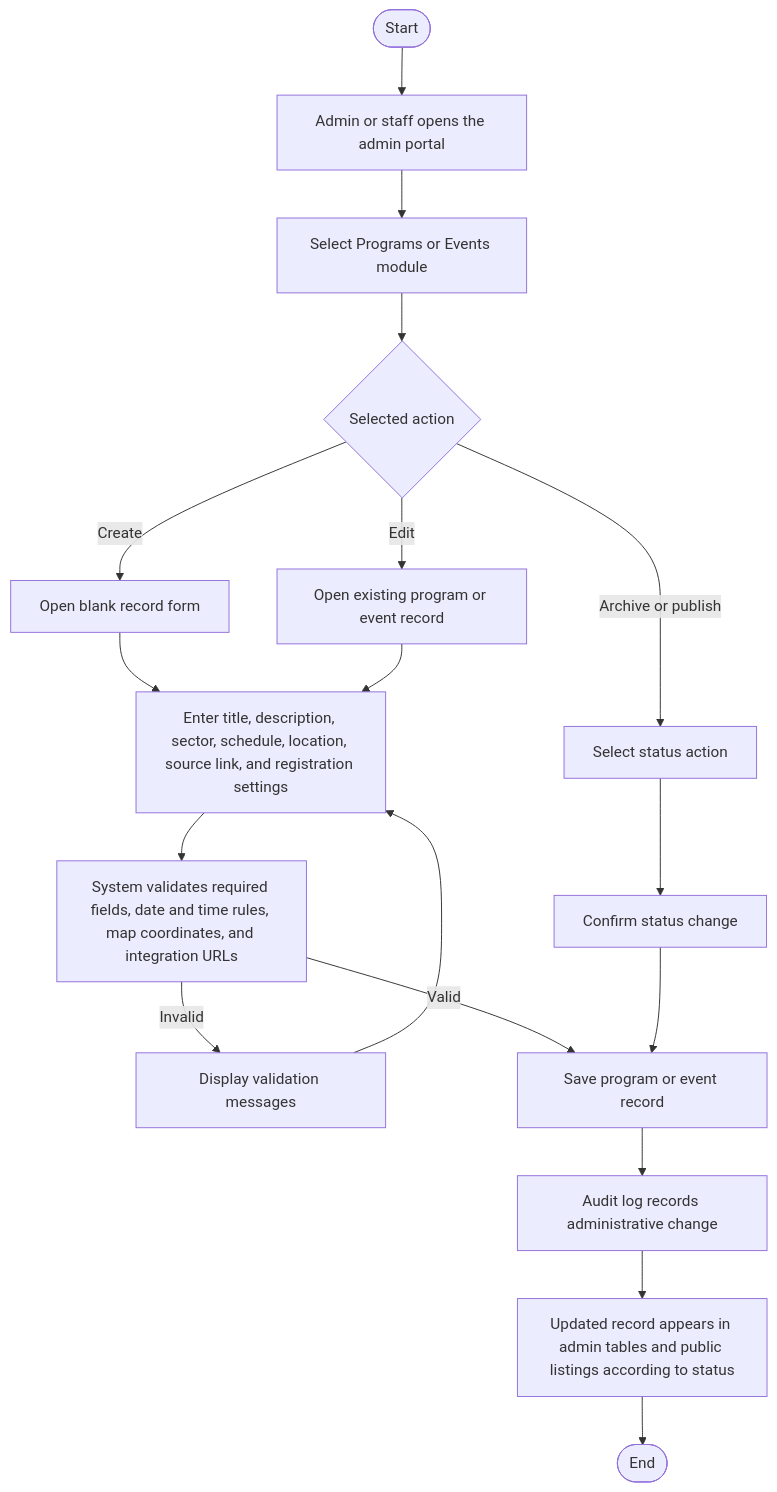
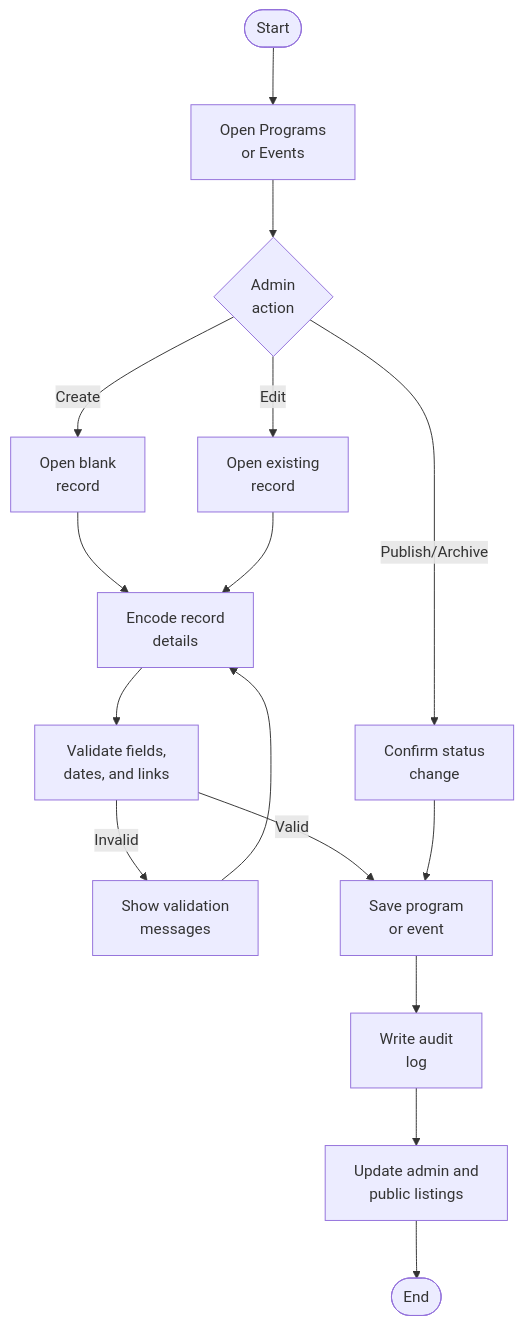
The second of 7 diagrams in 3.2.1-Activity-Diagram.md (txiaoqt/activity_diagram), drawn with Mermaid before and after one commit. The commit also changed other lines of this file, not shown here.

Commit message:
Improve activity diagram readability

````diff
--- a/3.2.1-Activity-Diagram.md
+++ b/3.2.1-Activity-Diagram.md
@@ -40,20 +41,19 @@
 ```mermaid
+%%{init: {"flowchart": {"htmlLabels": true, "nodeSpacing": 55, "rankSpacing": 60}} }%%
 flowchart TD
-    A([Start]) --> B[Admin or staff opens the admin portal]
-    B --> C[Select Programs or Events module]
-    C --> D{Selected action}
-    D -- Create --> E[Open blank record form]
-    D -- Edit --> F[Open existing program or event record]
-    D -- Archive or publish --> G[Select status action]
-    E --> H[Enter title, description, sector, schedule, location, source link, and registration settings]
-    F --> H
-    H --> I[System validates required fields, date and time rules, map coordinates, and integration URLs]
-    I -- Invalid --> J[Display validation messages]
-    J --> H
-    I -- Valid --> K[Save program or event record]
-    G --> L[Confirm status change]
-    L --> K
-    K --> M[Audit log records administrative change]
-    M --> N[Updated record appears in admin tables and public listings according to status]
-    N --> O([End])
+    A([Start]) --> B["Open Programs<br/>or Events"]
+    B --> C{"Admin<br/>action"}
+    C -- Create --> D["Open blank<br/>record"]
+    C -- Edit --> E["Open existing<br/>record"]
+    C -- Publish/Archive --> F["Confirm status<br/>change"]
+    D --> G["Encode record<br/>details"]
+    E --> G
+    G --> H["Validate fields,<br/>dates, and links"]
+    H -- Invalid --> I["Show validation<br/>messages"]
+    I --> G
+    H -- Valid --> J["Save program<br/>or event"]
+    F --> J
+    J --> K["Write audit<br/>log"]
+    K --> L["Update admin and<br/>public listings"]
+    L --> M([End])
 ```
````
